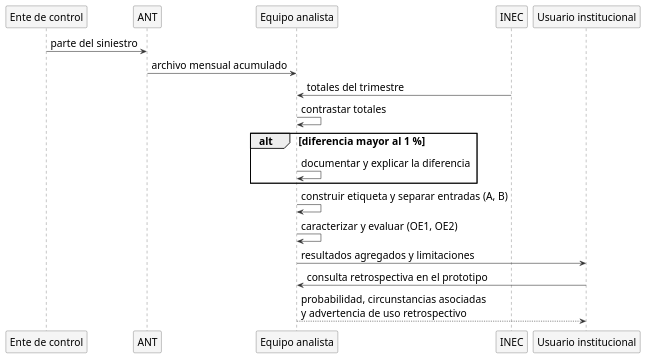
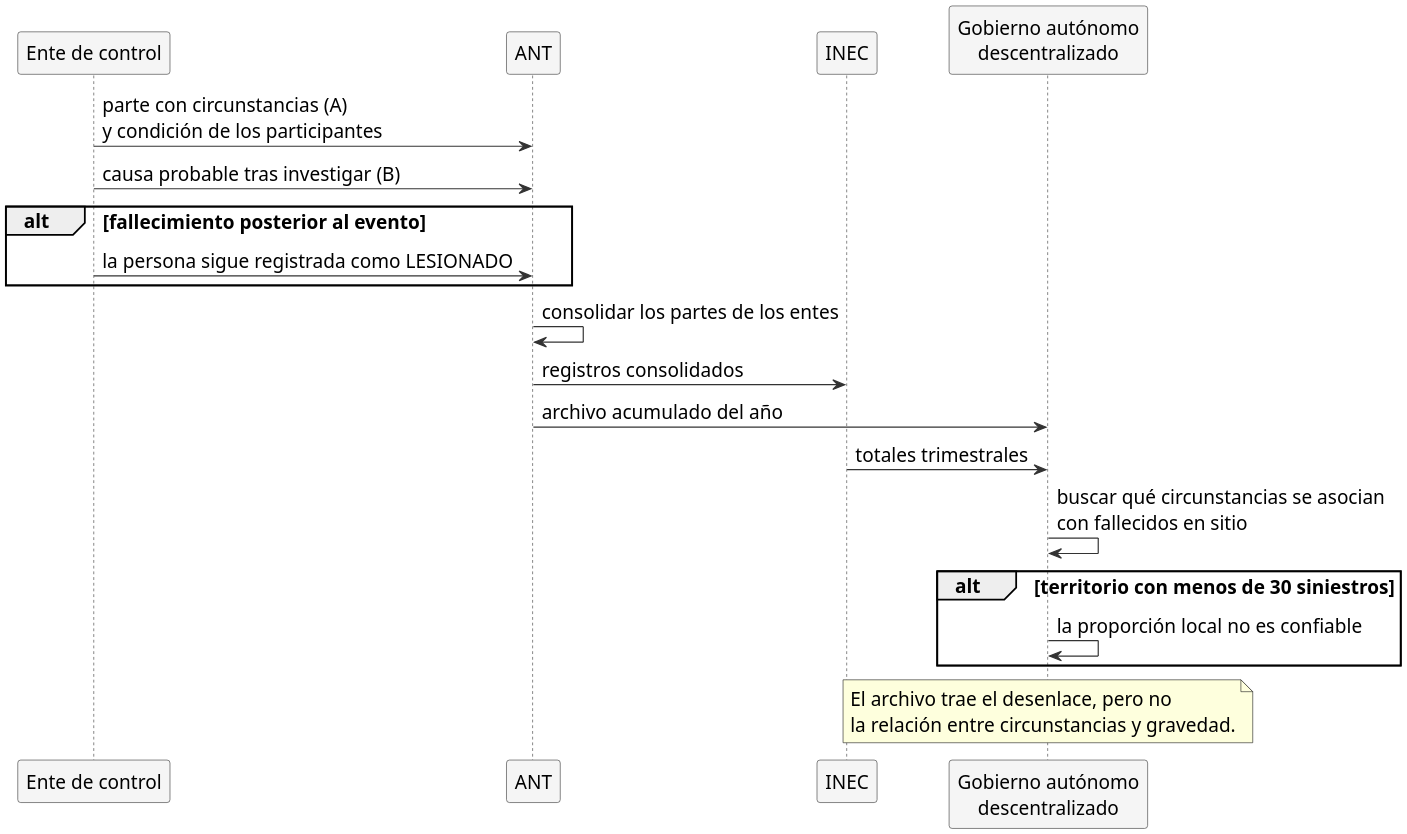
Before and after one commit to davexat/AI-midterm-project: the diagram in tarea3/uml/M5_secuencia.puml, drawn with PlantUML. The commit also changed 30 other files, not shown here.

```diff
--- a/tarea3/uml/M5_secuencia.puml
+++ b/tarea3/uml/M5_secuencia.puml
@@ -1,30 +1,35 @@
 @startuml M5_secuencia
-' Figura 5: circulación de la información entre los actores.
-skinparam defaultFontSize 18
+' Figura 5: circulación de la información entre los actores del problema.
+skinparam dpi 200
+skinparam defaultFontSize 16
 skinparam shadowing false
 skinparam sequence {
   ArrowColor #333333
   LifeLineBorderColor #333333
   ParticipantBorderColor #333333
   ParticipantBackgroundColor #F5F5F5
 }
 
 participant "Ente de control" as EC
 participant "ANT" as ANT
-participant "Equipo analista" as EQ
 participant "INEC" as INEC
-participant "Usuario institucional" as USR
+participant "Gobierno autónomo\ndescentralizado" as GAD
 
-EC -> ANT : parte del siniestro
-ANT -> EQ : archivo mensual acumulado
-INEC -> EQ : totales del trimestre
-EQ -> EQ : contrastar totales
-alt diferencia mayor al 1 %
-  EQ -> EQ : documentar y explicar la diferencia
+EC -> ANT : parte con circunstancias (A)\ny condición de los participantes
+EC -> ANT : causa probable tras investigar (B)
+alt fallecimiento posterior al evento
+  EC -> ANT : la persona sigue registrada como LESIONADO
 end
-EQ -> EQ : construir etiqueta y separar entradas (A, B)
-EQ -> EQ : caracterizar y evaluar (OE1, OE2)
-EQ -> USR : resultados agregados y limitaciones
-USR -> EQ : consulta retrospectiva en el prototipo
-EQ --> USR : probabilidad, circunstancias asociadas\ny advertencia de uso retrospectivo
+ANT -> ANT : consolidar los partes de los entes
+ANT -> INEC : registros consolidados
+ANT -> GAD : archivo acumulado del año
+INEC -> GAD : totales trimestrales
+GAD -> GAD : buscar qué circunstancias se asocian\ncon fallecidos en sitio
+alt territorio con menos de 30 siniestros
+  GAD -> GAD : la proporción local no es confiable
+end
+note over GAD
+  El archivo trae el desenlace, pero no
+  la relación entre circunstancias y gravedad.
+end note
 @enduml
```
